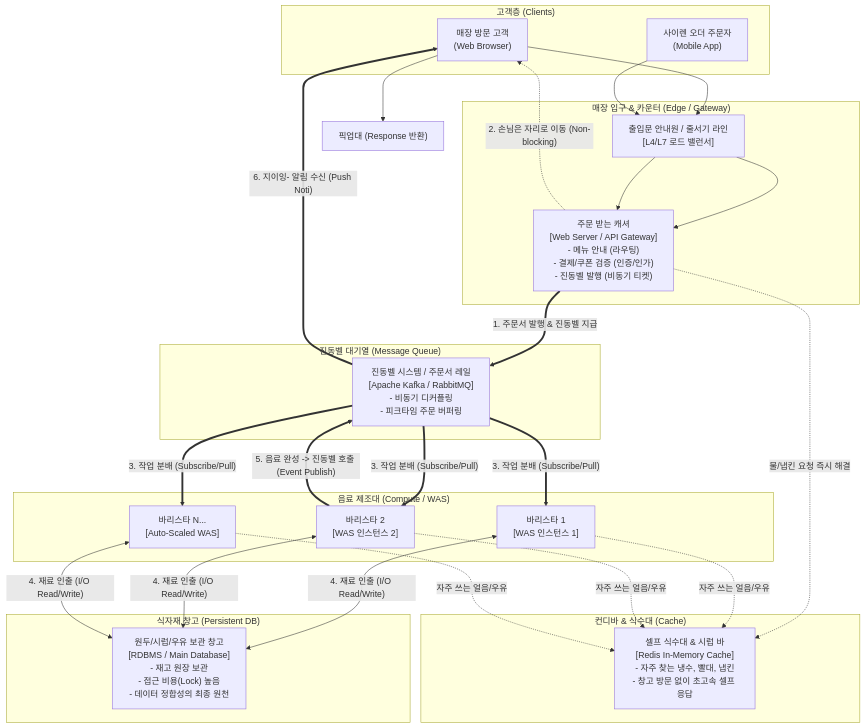
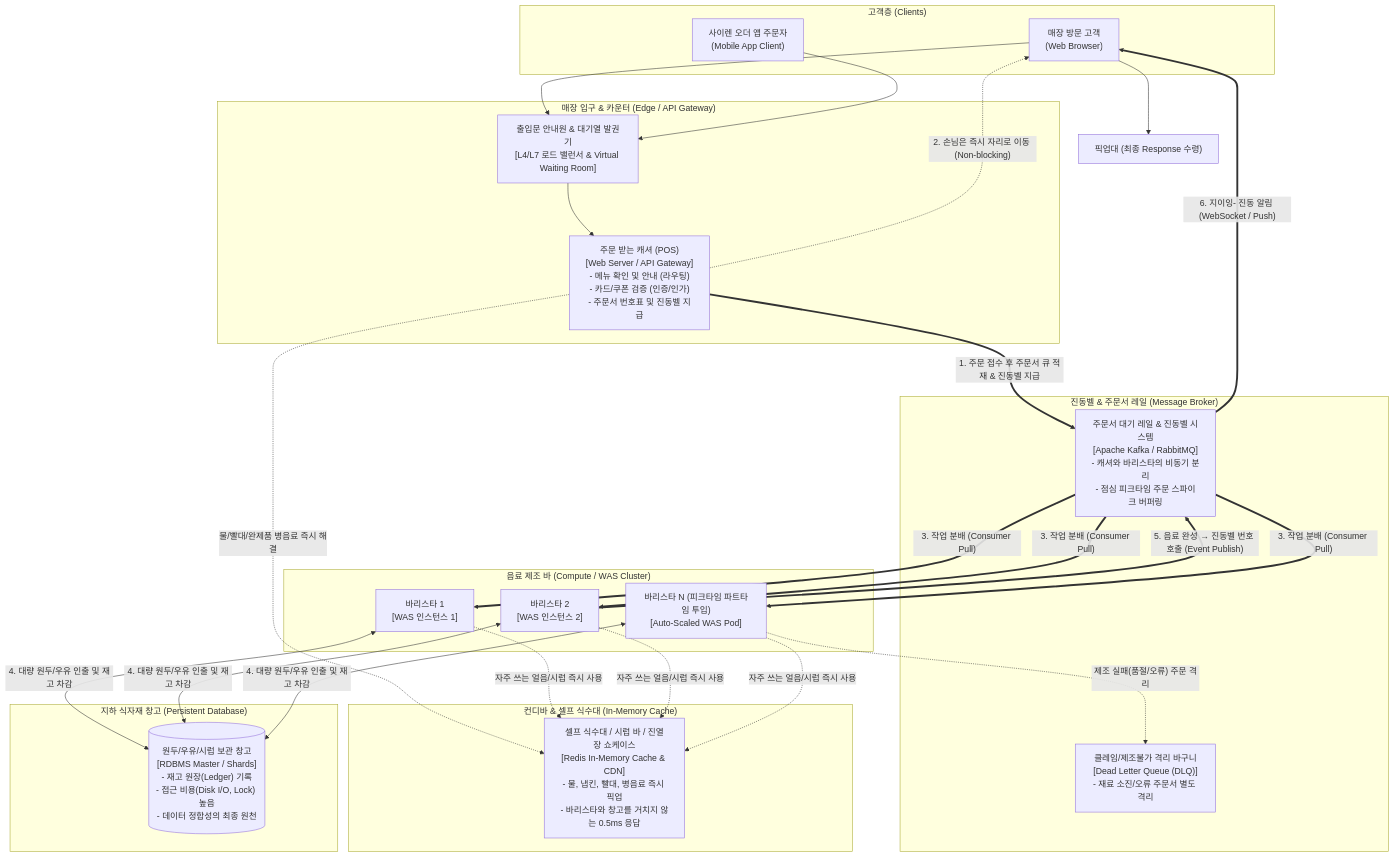
Before and after one commit to keimania/tech-notes: diagram 13 of 39 in 09_아키텍처.md, drawn with Mermaid. The commit also changed other lines of this file and 12 other files, not shown here.

````diff
--- a/09_아키텍처.md
+++ b/09_아키텍처.md
@@ -368,44 +597,45 @@
 ```mermaid
 flowchart TD
     subgraph Clients["고객층 (Clients)"]
         Customer1["매장 방문 고객\n(Web Browser)"]
-        Customer2["사이렌 오더 주문자\n(Mobile App)"]
+        Customer2["사이렌 오더 앱 주문자\n(Mobile App Client)"]
     end
 
-    subgraph FrontGate["매장 입구 & 카운터 (Edge / Gateway)"]
-        Door["출입문 안내원 / 줄서기 라인\n[L4/L7 로드 밸런서]"]
-        Cashier["주문 받는 캐셔\n[Web Server / API Gateway]\n- 메뉴 안내 (라우팅)\n- 결제/쿠폰 검증 (인증/인가)\n- 진동벨 발행 (비동기 티켓)"]
+    subgraph FrontGate["매장 입구 & 카운터 (Edge / API Gateway)"]
+        Door["출입문 안내원 & 대기열 발권기\n[L4/L7 로드 밸런서 & Virtual Waiting Room]"]
+        Cashier["주문 받는 캐셔 (POS)\n[Web Server / API Gateway]\n- 메뉴 확인 및 안내 (라우팅)\n- 카드/쿠폰 검증 (인증/인가)\n- 주문서 번호표 및 진동벨 지급"]
     end
 
-    subgraph AsyncQueue["진동벨 대기열 (Message Queue)"]
-        Buzzer["진동벨 시스템 / 주문서 레일\n[Apache Kafka / RabbitMQ]\n- 비동기 디커플링\n- 피크타임 주문 버퍼링"]
+    subgraph FastStorage["컨디바 & 셀프 식수대 (In-Memory Cache)"]
+        Water["셀프 식수대 / 시럽 바 / 진열장 쇼케이스\n[Redis In-Memory Cache & CDN]\n- 물, 냅킨, 빨대, 병음료 즉시 픽업\n- 바리스타와 창고를 거치지 않는 0.5ms 응답"]
     end
 
-    subgraph Workers["음료 제조대 (Compute / WAS)"]
+    subgraph AsyncQueue["진동벨 & 주문서 레일 (Message Broker)"]
+        Buzzer["주문서 대기 레일 & 진동벨 시스템\n[Apache Kafka / RabbitMQ]\n- 캐셔와 바리스타의 비동기 분리\n- 점심 피크타임 주문 스파이크 버퍼링"]
+        DLQ["클레임/제조불가 격리 바구니\n[Dead Letter Queue (DLQ)]\n- 재료 소진/오류 주문서 별도 격리"]
+    end
+
+    subgraph Workers["음료 제조 바 (Compute / WAS Cluster)"]
         Barista1["바리스타 1\n[WAS 인스턴스 1]"]
         Barista2["바리스타 2\n[WAS 인스턴스 2]"]
-        Barista3["바리스타 N...\n[Auto-Scaled WAS]"]
+        Barista3["바리스타 N (피크타임 파트타임 투입)\n[Auto-Scaled WAS Pod]"]
     end
 
-    subgraph FastStorage["컨디바 & 식수대 (Cache)"]
-        Water["셀프 식수대 & 시럽 바\n[Redis In-Memory Cache]\n- 자주 찾는 냉수, 빨대, 냅킨\n- 창고 방문 없이 초고속 셀프 응답"]
+    subgraph DeepStorage["지하 식자재 창고 (Persistent Database)"]
+        Warehouse[("원두/우유/시럽 보관 창고\n[RDBMS Master / Shards]\n- 재고 원장(Ledger) 기록\n- 접근 비용(Disk I/O, Lock) 높음\n- 데이터 정합성의 최종 원천")]
     end
 
-    subgraph DeepStorage["식자재 창고 (Persistent DB)"]
-        Warehouse["원두/시럽/우유 보관 창고\n[RDBMS / Main Database]\n- 재고 원장 보관\n- 접근 비용(Lock) 높음\n- 데이터 정합성의 최종 원천"]
-    end
+    Customer1 & Customer2 --> Door --> Cashier
+    Cashier -. "물/빨대/완제품 병음료 즉시 해결" .-> Water
+    Cashier == "1. 주문 접수 후 주문서 큐 적재 & 진동벨 지급" ==> Buzzer
+    Cashier -. "2. 손님은 즉시 자리로 이동 (Non-blocking)" .-> Customer1
 
-    Customer1 --> Door --> Cashier
-    Customer2 --> Door --> Cashier
-    Cashier -. "물/냅킨 요청 즉시 해결" .-> Water
-    Cashier == "1. 주문서 발행 & 진동벨 지급" ==> Buzzer
-    Cashier -. "2. 손님은 자리로 이동 (Non-blocking)" .-> Customer1
+    Buzzer == "3. 작업 분배 (Consumer Pull)" ==> Barista1 & Barista2 & Barista3
+    Barista1 & Barista2 & Barista3 -. "자주 쓰는 얼음/시럽 즉시 사용" .-> Water
+    Barista1 & Barista2 & Barista3 <-- "4. 대량 원두/우유 인출 및 재고 차감" --> Warehouse
+    Barista3 -. "제조 실패(품절/오류) 주문 격리" .-> DLQ
 
-    Buzzer == "3. 작업 분배 (Subscribe/Pull)" ==> Barista1 & Barista2 & Barista3
-    Barista1 & Barista2 & Barista3 <--"4. 재료 인출 (I/O Read/Write)"--> Warehouse
-    Barista1 & Barista2 & Barista3 -. "자주 쓰는 얼음/우유" .-> Water
-
-    Barista2 == "5. 음료 완성 -> 진동벨 호출 (Event Publish)" ==> Buzzer
-    Buzzer == "6. 지이잉- 알림 수신 (Push Noti)" ==> Customer1
-    Customer1 --> PickUp["픽업대 (Response 반환)"]
+    Barista2 == "5. 음료 완성 → 진동벨 번호 호출 (Event Publish)" ==> Buzzer
+    Buzzer == "6. 지이잉- 진동 알림 (WebSocket / Push)" ==> Customer1
+    Customer1 --> PickUp["픽업대 (최종 Response 수령)"]
 ```
````
